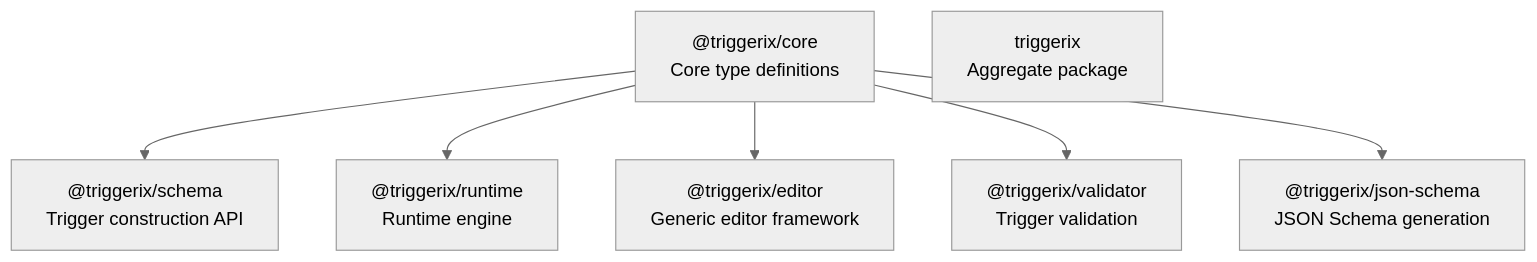
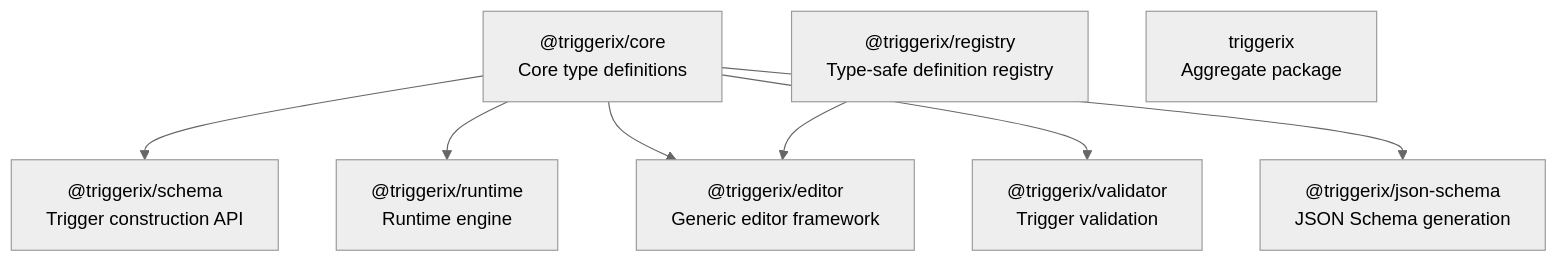
One commit to triggerix-lang/triggerix-lang.github.io changed the first of 4 diagrams in README.md. Above: the diagram before and after it, drawn with Mermaid (neutral theme). The commit also changed other lines of this file and 1 other file, not shown here.

````diff
--- a/README.md
+++ b/README.md
@@ -93,10 +93,12 @@
 ```mermaid
 graph TD
     Core["@triggerix/core<br/>Core type definitions"]
+    Registry["@triggerix/registry<br/>Type-safe definition registry"]
     Core --> Schema["@triggerix/schema<br/>Trigger construction API"]
     Core --> Runtime["@triggerix/runtime<br/>Runtime engine"]
     Core --> Editor["@triggerix/editor<br/>Generic editor framework"]
     Core --> Validator["@triggerix/validator<br/>Trigger validation"]
     Core --> JsonSchema["@triggerix/json-schema<br/>JSON Schema generation"]
+    Registry --> Editor
     Aggregate["triggerix<br/>Aggregate package"]
 ```
````
